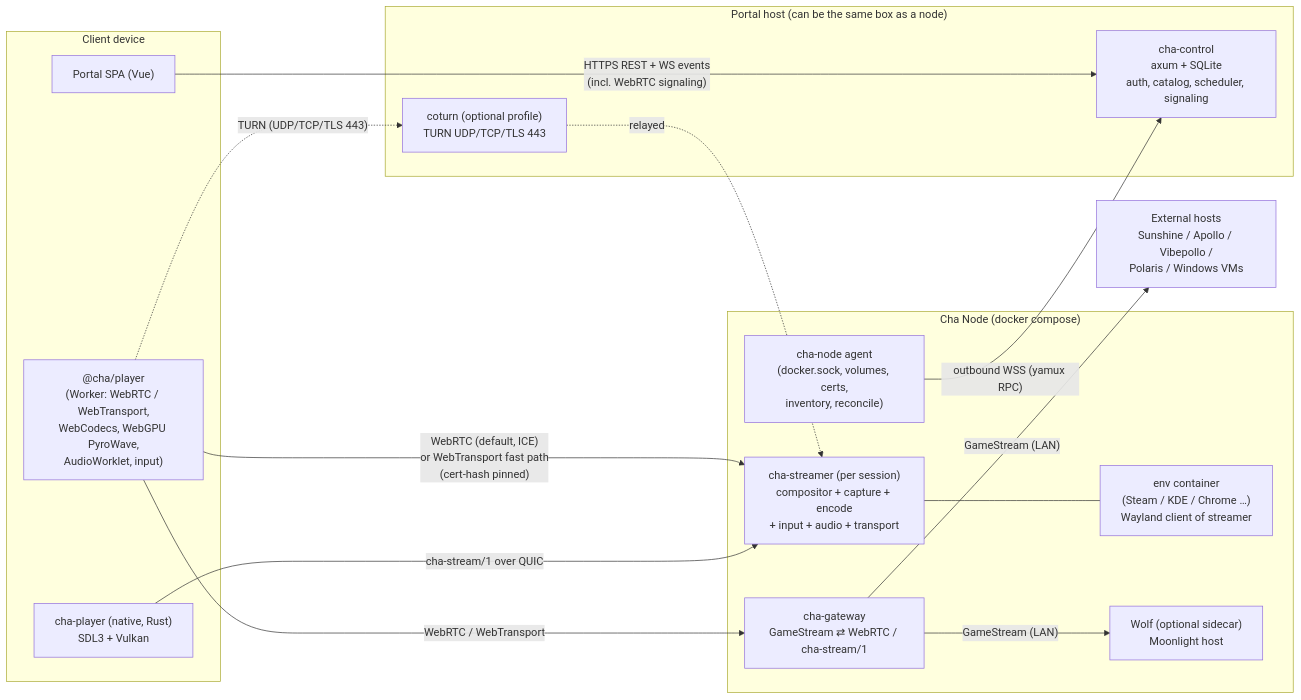
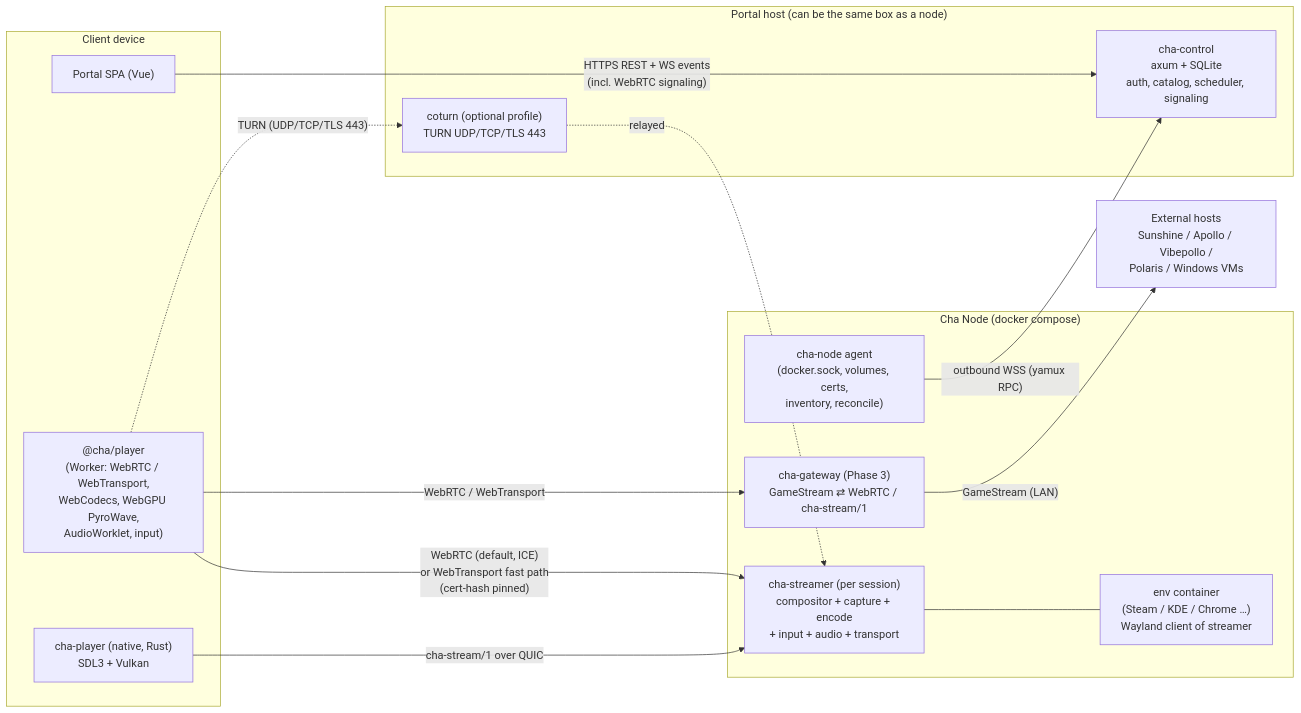
Before and after one commit to ban-red/cha-portal: the first of 2 diagrams in docs/PLAN.md, drawn with Mermaid. The commit also changed other lines of this file and 27 other files, not shown here.

First line of the commit message:
feat(streamer): build our own engine on Smithay, NVENC and WebRTC

````diff
--- a/docs/PLAN.md
+++ b/docs/PLAN.md
@@ -66,34 +78,32 @@
 ```mermaid
 flowchart LR
   subgraph Client["Client device"]
     UI["Portal SPA (Vue)"]
     P["@cha/player<br/>(Worker: WebRTC / WebTransport,<br/>WebCodecs, WebGPU PyroWave,<br/>AudioWorklet, input)"]
     N["cha-player (native, Rust)<br/>SDL3 + Vulkan"]
   end
 
   subgraph Control["Portal host (can be the same box as a node)"]
     C["cha-control<br/>axum + SQLite<br/>auth, catalog, scheduler, signaling"]
     T["coturn (optional profile)<br/>TURN UDP/TCP/TLS 443"]
   end
 
   subgraph Node["Cha Node (docker compose)"]
     A["cha-node agent<br/>(docker.sock, volumes, certs,<br/>inventory, reconcile)"]
     S1["cha-streamer (per session)<br/>compositor + capture + encode<br/>+ input + audio + transport"]
     E1["env container<br/>(Steam / KDE / Chrome …)<br/>Wayland client of streamer"]
-    G["cha-gateway<br/>GameStream ⇄ WebRTC / cha-stream/1"]
-    W["Wolf (optional sidecar)<br/>Moonlight host"]
+    G["cha-gateway (Phase 3)<br/>GameStream ⇄ WebRTC / cha-stream/1"]
   end
 
   X["External hosts<br/>Sunshine / Apollo / Vibepollo /<br/>Polaris / Windows VMs"]
 
   UI -- "HTTPS REST + WS events<br/>(incl. WebRTC signaling)" --> C
   A -- "outbound WSS (yamux RPC)" --> C
   P -- "WebRTC (default, ICE)<br/>or WebTransport fast path<br/>(cert-hash pinned)" --> S1
   N -- "cha-stream/1 over QUIC" --> S1
   S1 --- E1
   P -- "WebRTC / WebTransport" --> G
-  G -- "GameStream (LAN)" --> W
   G -- "GameStream (LAN)" --> X
   P -. "TURN (UDP/TCP/TLS 443)" .-> T
   T -. "relayed" .-> S1
 ```
````
